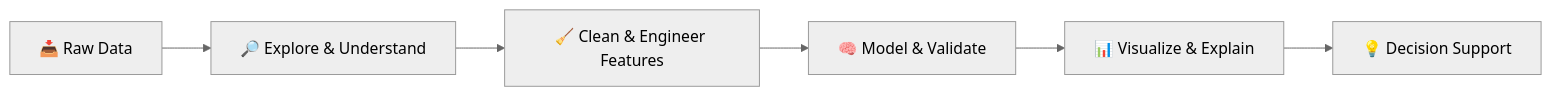
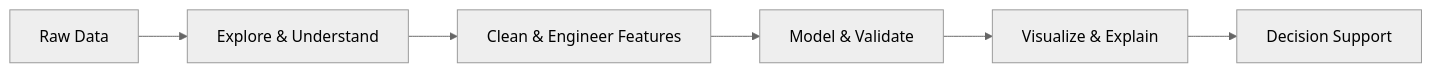
The diagram in README.md (Reinhrd/Reinhrd), drawn with Mermaid (neutral theme) before and after one commit. The commit also changed other lines of this file, not shown here.

Commit message:
Clean up README headings by removing emojis
Removed emojis from section headings in the README file for a cleaner presentation.

````diff
--- a/README.md
+++ b/README.md
@@ -35,8 +35,8 @@
 ```mermaid
 flowchart LR
-    A[📥 Raw Data] --> B[🔎 Explore & Understand]
-    B --> C[🧹 Clean & Engineer Features]
-    C --> D[🧠 Model & Validate]
-    D --> E[📊 Visualize & Explain]
-    E --> F[💡 Decision Support]
+    A[Raw Data] --> B[Explore & Understand]
+    B --> C[Clean & Engineer Features]
+    C --> D[Model & Validate]
+    D --> E[Visualize & Explain]
+    E --> F[Decision Support]
 ```
````
